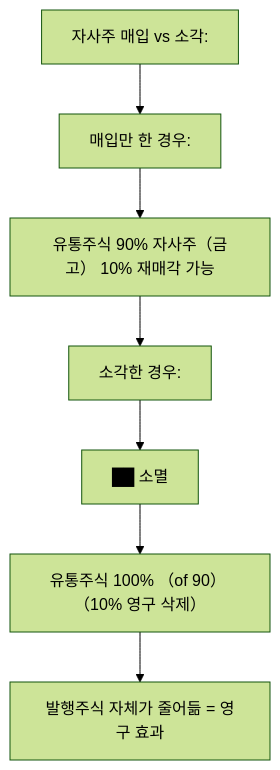
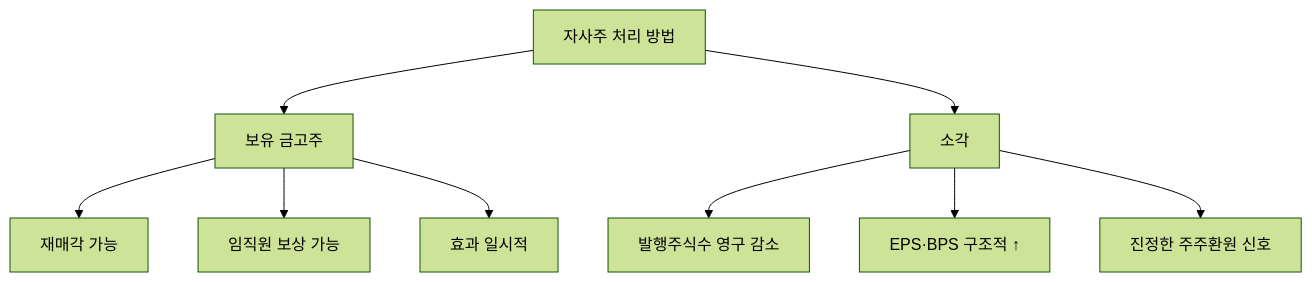
The diagram in content/stock-terms/ko/level-06-events/share-cancellation.md (yeongseon/stock-visual-note), drawn with Mermaid (forest theme) before and after one commit. The commit also changed other lines of this file and 96 other files, not shown here.

Commit message:
Rewrite all 98 remaining articles: branching Mermaid diagrams, natural search_intent, compelling seo_titles, clean descriptions

````diff
--- a/content/stock-terms/ko/level-06-events/share-cancellation.md
+++ b/content/stock-terms/ko/level-06-events/share-cancellation.md
@@ -39,16 +39,12 @@
 ```mermaid
 graph TD
-    N0["자사주 매입 vs 소각:"]
-    N1["매입만 한 경우:"]
-    N2["유통주식 90% 자사주（금고） 10% 재매각 가능"]
-    N3["소각한 경우:"]
-    N4["██ 소멸"]
-    N5["유통주식 100% （of 90） （10% 영구 삭제）"]
-    N6["발행주식 자체가 줄어듦 = 영구 효과"]
-    N0 --> N1
-    N1 --> N2
-    N2 --> N3
-    N3 --> N4
-    N4 --> N5
-    N5 --> N6
+    A["자사주 처리 방법"]
+    A --> B["보유 금고주"]
+    A --> C["소각"]
+    B --> B1["재매각 가능"]
+    B --> B2["임직원 보상 가능"]
+    B --> B3["효과 일시적"]
+    C --> C1["발행주식수 영구 감소"]
+    C --> C2["EPS·BPS 구조적 ↑"]
+    C --> C3["진정한 주주환원 신호"]
 ```
````
